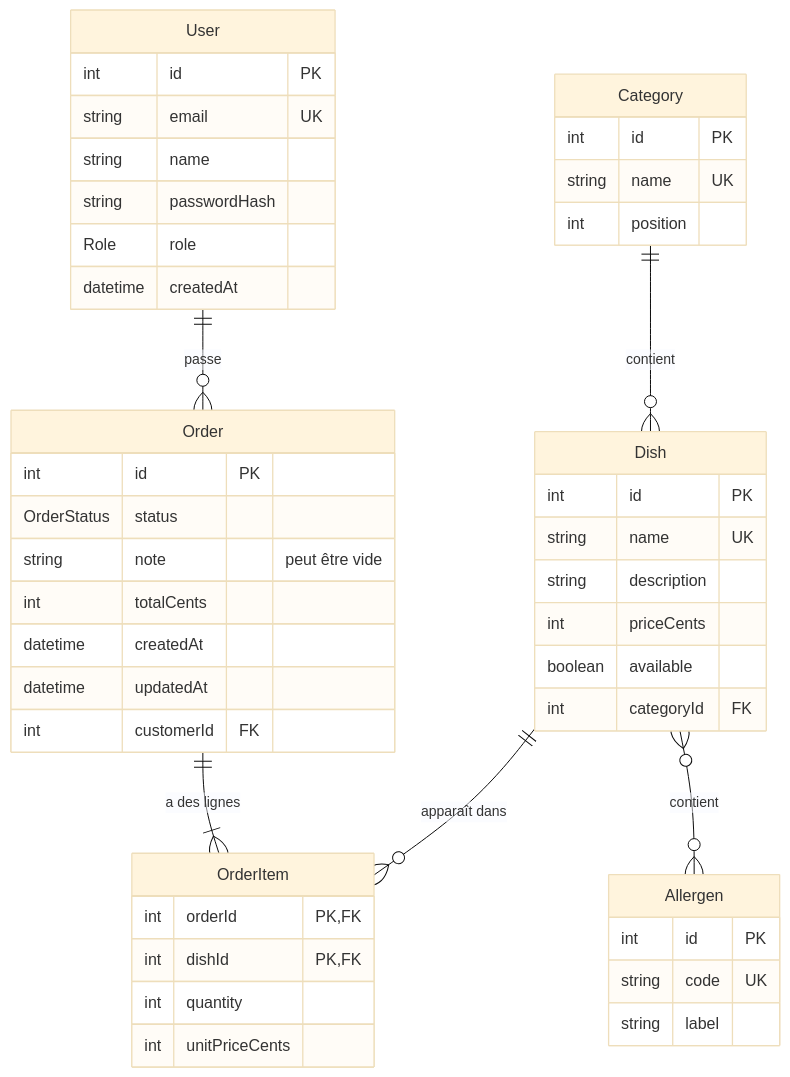
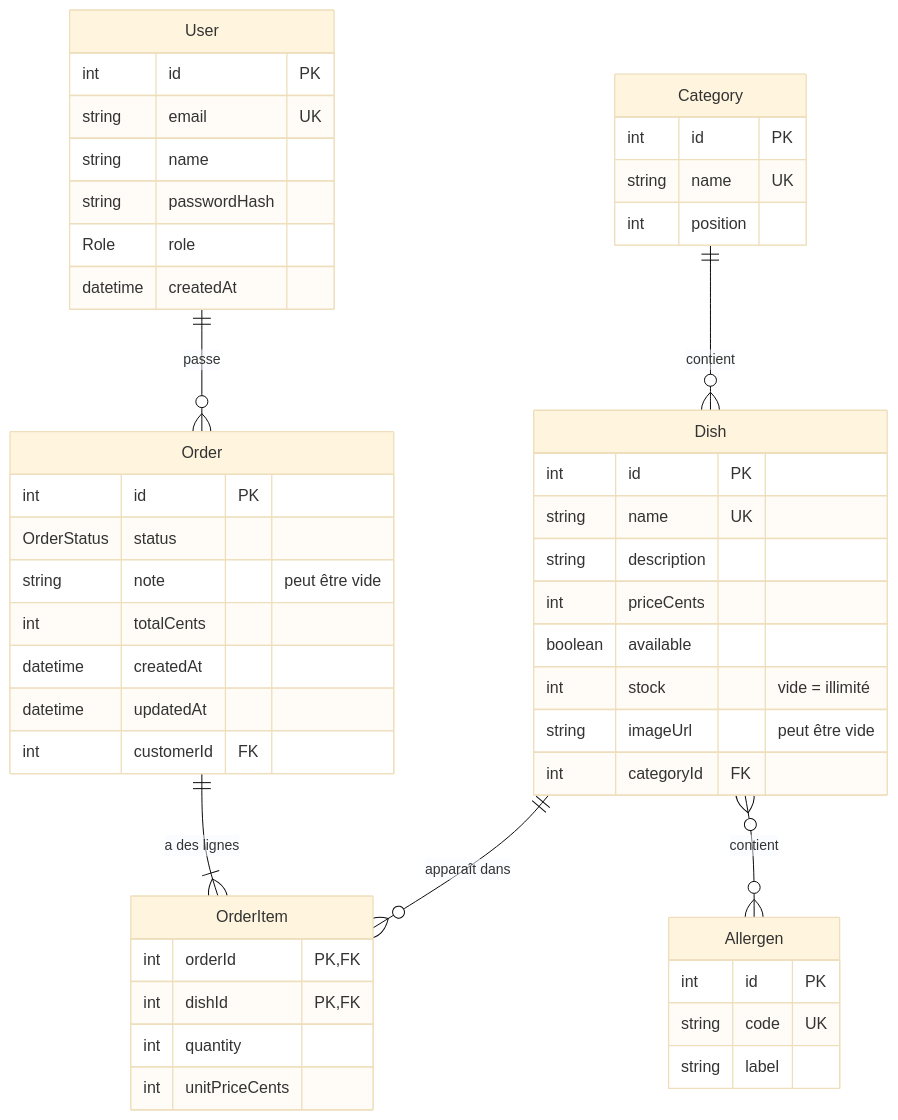
The diagram in README.md (Loulou733/roulotte-), drawn with Mermaid (base theme) before and after one commit. The commit also changed other lines of this file, not shown here.

````diff
--- a/README.md
+++ b/README.md
@@ -80,49 +87,51 @@
 ```mermaid
 erDiagram
     User ||--o{ Order : "passe"
     Category ||--o{ Dish : "contient"
     Dish }o--o{ Allergen : "contient"
     Order ||--|{ OrderItem : "a des lignes"
     Dish ||--o{ OrderItem : "apparaît dans"
     User {
         int id PK
         string email UK
         string name
         string passwordHash
         Role role
         datetime createdAt
     }
     Category {
         int id PK
         string name UK
         int position
     }
     Allergen {
         int id PK
         string code UK
         string label
     }
     Dish {
         int id PK
         string name UK
         string description
         int priceCents
         boolean available
+        int stock "vide = illimité"
+        string imageUrl "peut être vide"
         int categoryId FK
     }
     Order {
         int id PK
         OrderStatus status
         string note "peut être vide"
         int totalCents
         datetime createdAt
         datetime updatedAt
         int customerId FK
     }
     OrderItem {
         int orderId PK, FK
         int dishId PK, FK
         int quantity
         int unitPriceCents
     }
 ```
````
